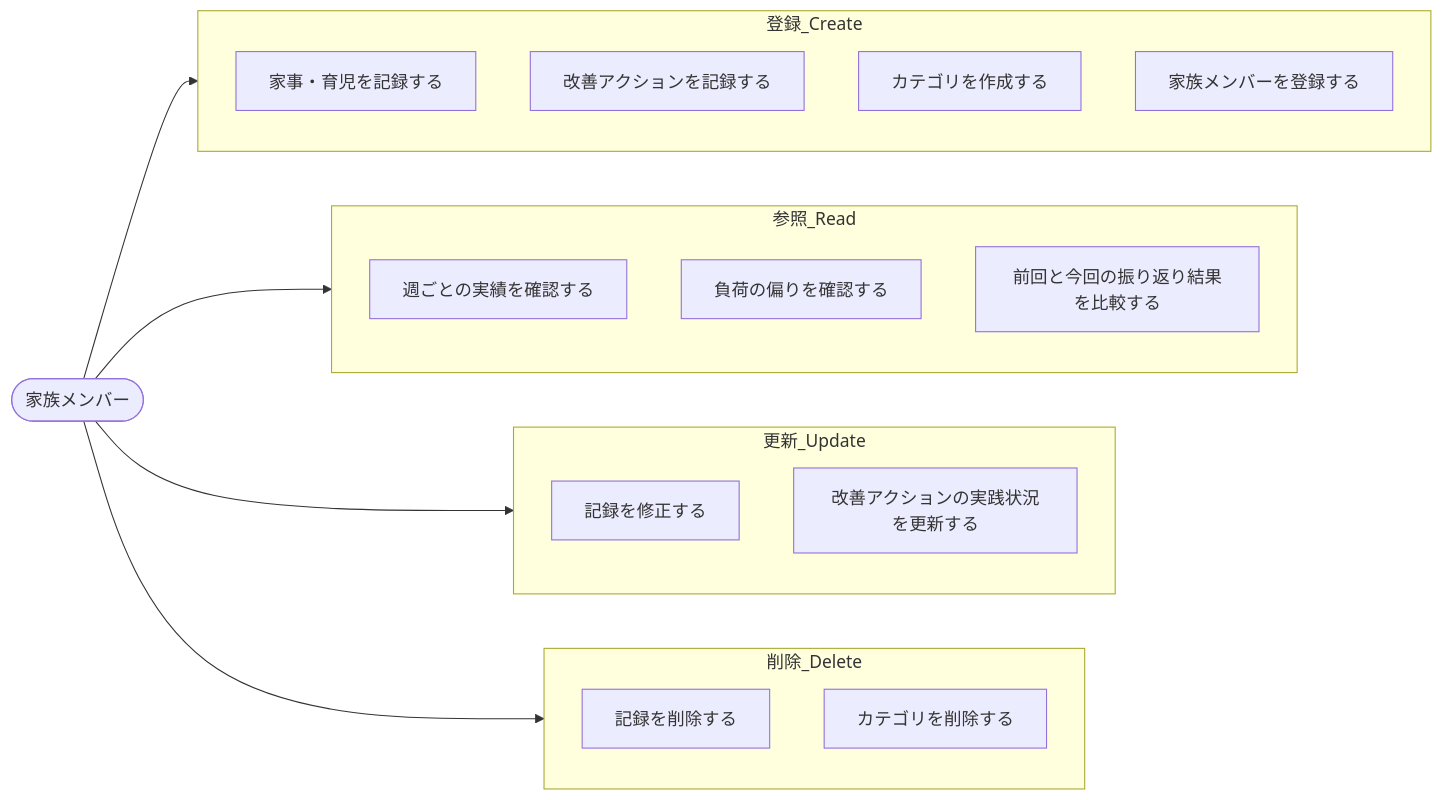
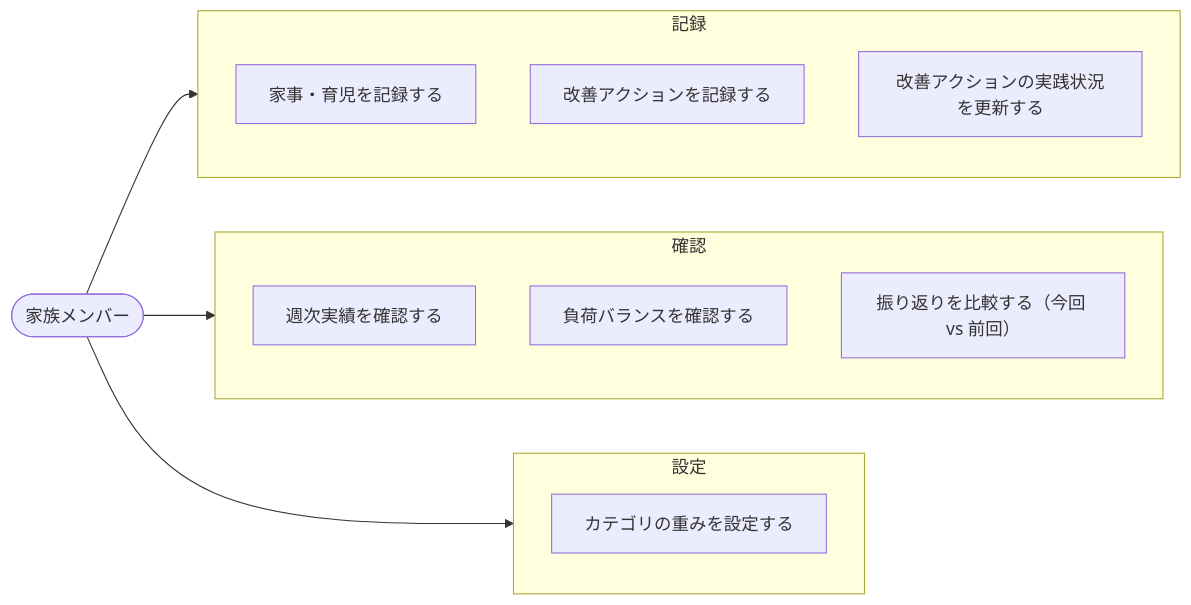
The diagram in docs/requirements/use-cases.md (yoji-0716/domestic-postmortem), drawn with Mermaid before and after one commit. The commit also changed 35 other files, not shown here.

````diff
--- a/docs/requirements/use-cases.md
+++ b/docs/requirements/use-cases.md
@@ -1,32 +1,24 @@
 ```mermaid
 flowchart LR
     家族メンバー([家族メンバー])
 
-    subgraph 登録_Create
+    subgraph 記録
         UC1[家事・育児を記録する]
         UC4[改善アクションを記録する]
-        UC_CAT_C[カテゴリを作成する]
-        UC_MEMBER[家族メンバーを登録する]
-    end
-
-    subgraph 参照_Read
-        UC2[週ごとの実績を確認する]
-        UC3[負荷の偏りを確認する]
-        UC5[前回と今回の振り返り結果を比較する]
-    end
-
-    subgraph 更新_Update
-        UC1b_U[記録を修正する]
         UC4b[改善アクションの実践状況を更新する]
     end
 
-    subgraph 削除_Delete
-        UC1b_D[記録を削除する]
-        UC_CAT_D[カテゴリを削除する]
+    subgraph 確認
+        UC2[週次実績を確認する]
+        UC3[負荷バランスを確認する]
+        UC5[振り返りを比較する（今回 vs 前回）]
     end
 
-    家族メンバー --> 登録_Create
-    家族メンバー --> 参照_Read
-    家族メンバー --> 更新_Update
-    家族メンバー --> 削除_Delete
+    subgraph 設定
+        UC6[カテゴリの重みを設定する]
+    end
+
+    家族メンバー --> 記録
+    家族メンバー --> 確認
+    家族メンバー --> 設定
 ```
````
